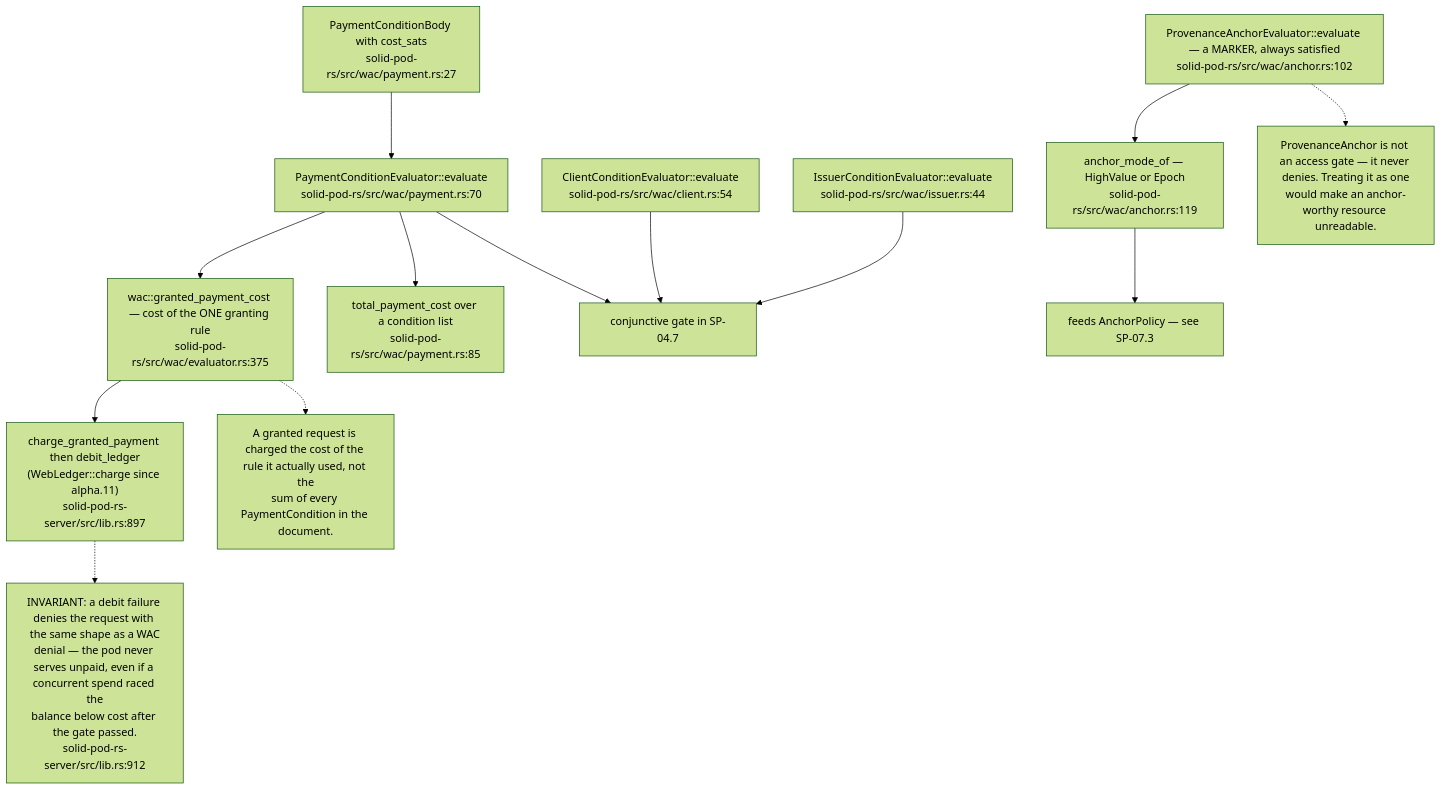
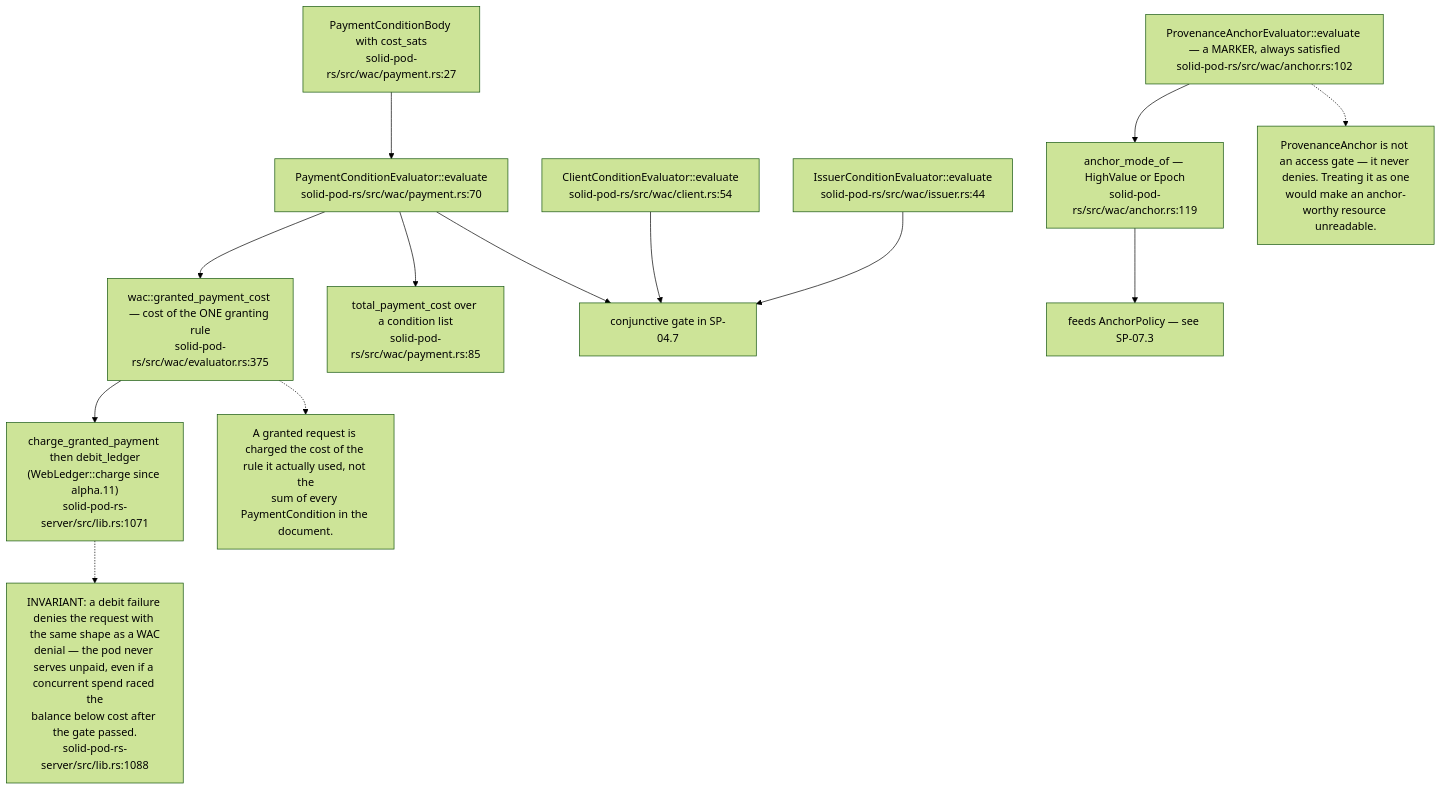
One commit to DreamLab-AI/VisionFlow changed diagram 11 of 13 in docs/diagrams/solid-pod-rs/04-wac-authorisation.md. Above: the diagram before and after it, drawn with Mermaid (forest theme). The commit also changed other lines of this file and 160 other files, not shown here.

````diff
--- a/docs/diagrams/solid-pod-rs/04-wac-authorisation.md
+++ b/docs/diagrams/solid-pod-rs/04-wac-authorisation.md
@@ -322,26 +330,26 @@
 ```mermaid
 flowchart TD
     PAY["PaymentConditionEvaluator::evaluate<br/>solid-pod-rs/src/wac/payment.rs:70"]
     BODY["PaymentConditionBody with cost_sats<br/>solid-pod-rs/src/wac/payment.rs:27"]
     TOT["total_payment_cost over a condition list<br/>solid-pod-rs/src/wac/payment.rs:85"]
     GPC["wac::granted_payment_cost — cost of the ONE granting rule<br/>solid-pod-rs/src/wac/evaluator.rs:375"]
-    CG["charge_granted_payment then debit_ledger<br/>(WebLedger::charge since alpha.11)<br/>solid-pod-rs-server/src/lib.rs:897"]
+    CG["charge_granted_payment then debit_ledger<br/>(WebLedger::charge since alpha.11)<br/>solid-pod-rs-server/src/lib.rs:1071"]
     CLI["ClientConditionEvaluator::evaluate<br/>solid-pod-rs/src/wac/client.rs:54"]
     ISS["IssuerConditionEvaluator::evaluate<br/>solid-pod-rs/src/wac/issuer.rs:44"]
     ANC["ProvenanceAnchorEvaluator::evaluate — a MARKER, always satisfied<br/>solid-pod-rs/src/wac/anchor.rs:102"]
     MODE["anchor_mode_of — HighValue or Epoch<br/>solid-pod-rs/src/wac/anchor.rs:119"]
 
     BODY --> PAY --> GPC --> CG
     PAY --> TOT
     CLI --> GATE["conjunctive gate in SP-04.7"]
     ISS --> GATE
     PAY --> GATE
     ANC --> MODE --> PROV["feeds AnchorPolicy — see SP-07.3"]
 
     N1["A granted request is charged the cost of the rule it actually used, not the<br/>sum of every PaymentCondition in the document."]
     GPC -.-> N1
-    N2["INVARIANT: a debit failure denies the request with the same shape as a WAC<br/>denial — the pod never serves unpaid, even if a concurrent spend raced the<br/>balance below cost after the gate passed.<br/>solid-pod-rs-server/src/lib.rs:912"]
+    N2["INVARIANT: a debit failure denies the request with the same shape as a WAC<br/>denial — the pod never serves unpaid, even if a concurrent spend raced the<br/>balance below cost after the gate passed.<br/>solid-pod-rs-server/src/lib.rs:1088"]
     CG -.-> N2
     N3["ProvenanceAnchor is not an access gate — it never denies. Treating it as one<br/>would make an anchor-worthy resource unreadable."]
     ANC -.-> N3
 ```
````
